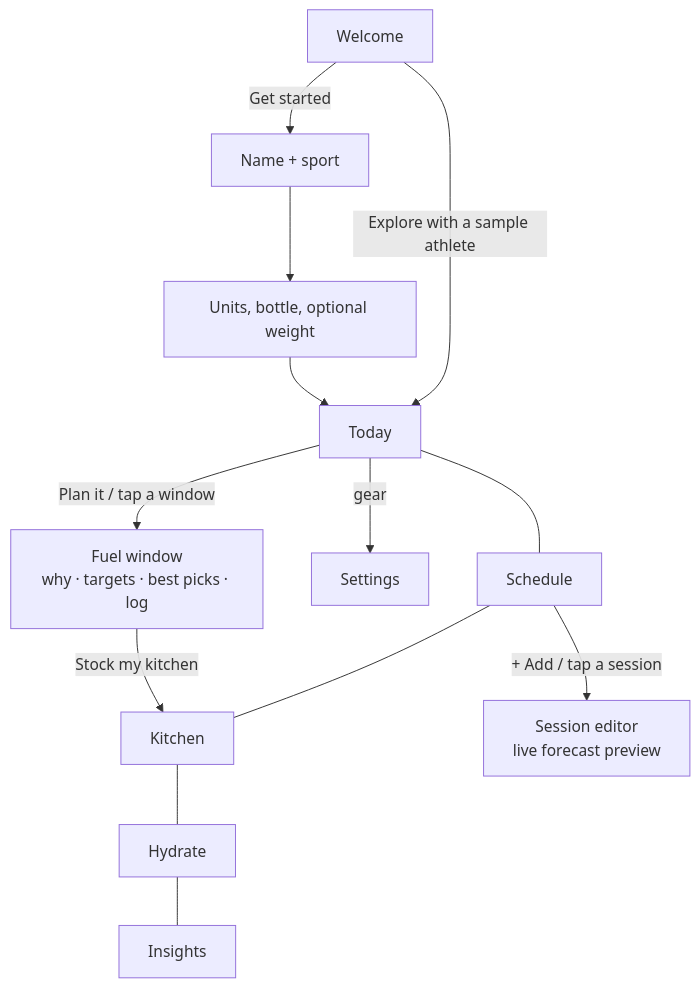
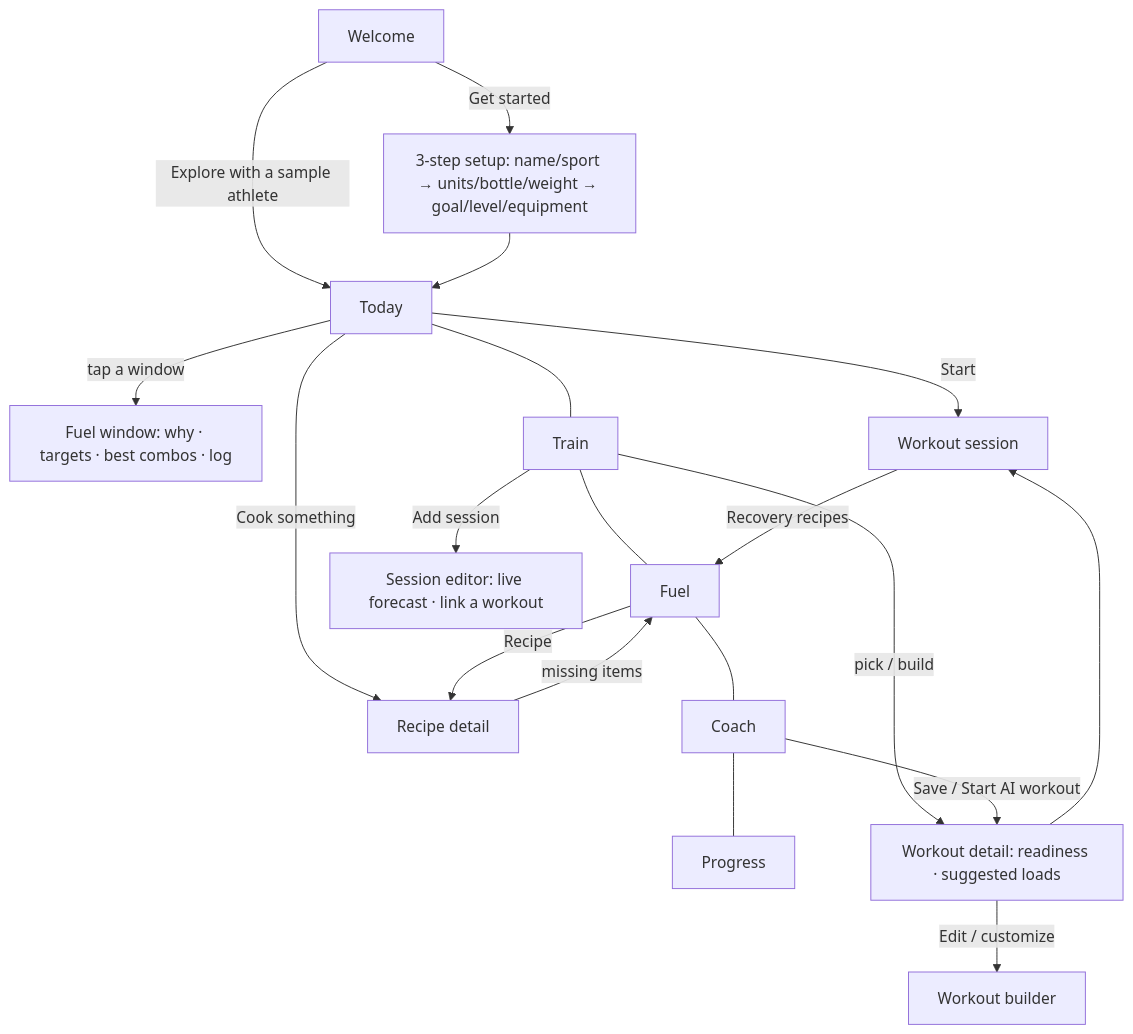
One commit to akkified/fuelcast changed the diagram in docs/DESIGN.md. Above: the diagram before and after it, drawn with Mermaid. The commit also changed other lines of this file and 75 other files, not shown here.

First line of the commit message:
FuelCast 2.0: gym planner, Smart Coach, AI Coach, recipes, shopping list

````diff
--- a/docs/DESIGN.md
+++ b/docs/DESIGN.md
@@ -28,12 +39,18 @@
 ```mermaid
 flowchart TD
-  W[Welcome] -->|Get started| O1[Name + sport]
+  W[Welcome] -->|Get started| O[3-step setup: name/sport → units/bottle/weight → goal/level/equipment]
   W -->|Explore with a sample athlete| T
-  O1 --> O2[Units, bottle, optional weight]
-  O2 --> T[Today]
-  T -->|Plan it / tap a window| FW[Fuel window<br/>why · targets · best picks · log]
-  T -->|gear| ST[Settings]
-  T --- S[Schedule] --- K[Kitchen] --- H[Hydrate] --- I[Insights]
-  S -->|+ Add / tap a session| E[Session editor<br/>live forecast preview]
-  FW -->|Stock my kitchen| K
+  O --> T[Today]
+  T -->|tap a window| FW[Fuel window: why · targets · best combos · log]
+  T -->|Start| WS[Workout session]
+  T -->|Cook something| RD[Recipe detail]
+  T --- TR[Train] --- FU[Fuel] --- CO[Coach] --- PR[Progress]
+  TR -->|pick / build| WD[Workout detail: readiness · suggested loads]
+  WD --> WS
+  WD -->|Edit / customize| WE[Workout builder]
+  TR -->|Add session| EV[Session editor: live forecast · link a workout]
+  FU -->|Recipe| RD
+  RD -->|missing items| FU
+  CO -->|Save / Start AI workout| WD
+  WS -->|Recovery recipes| FU
 ```
````
